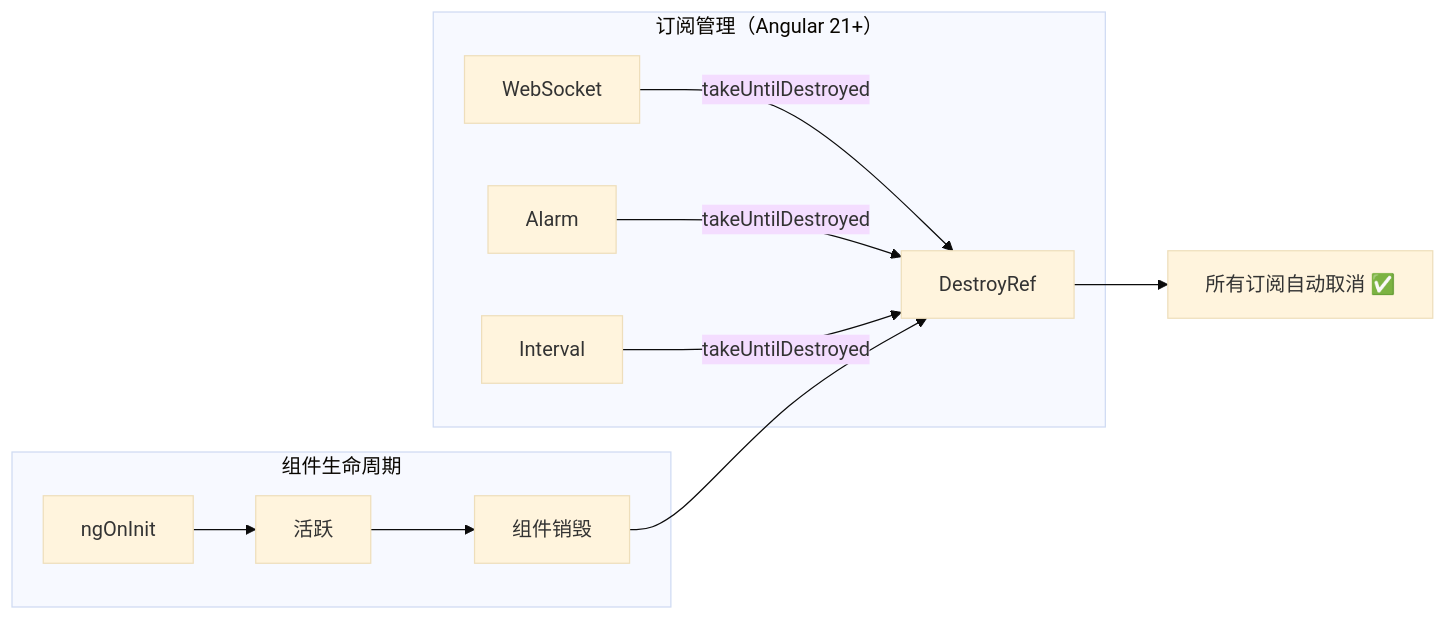
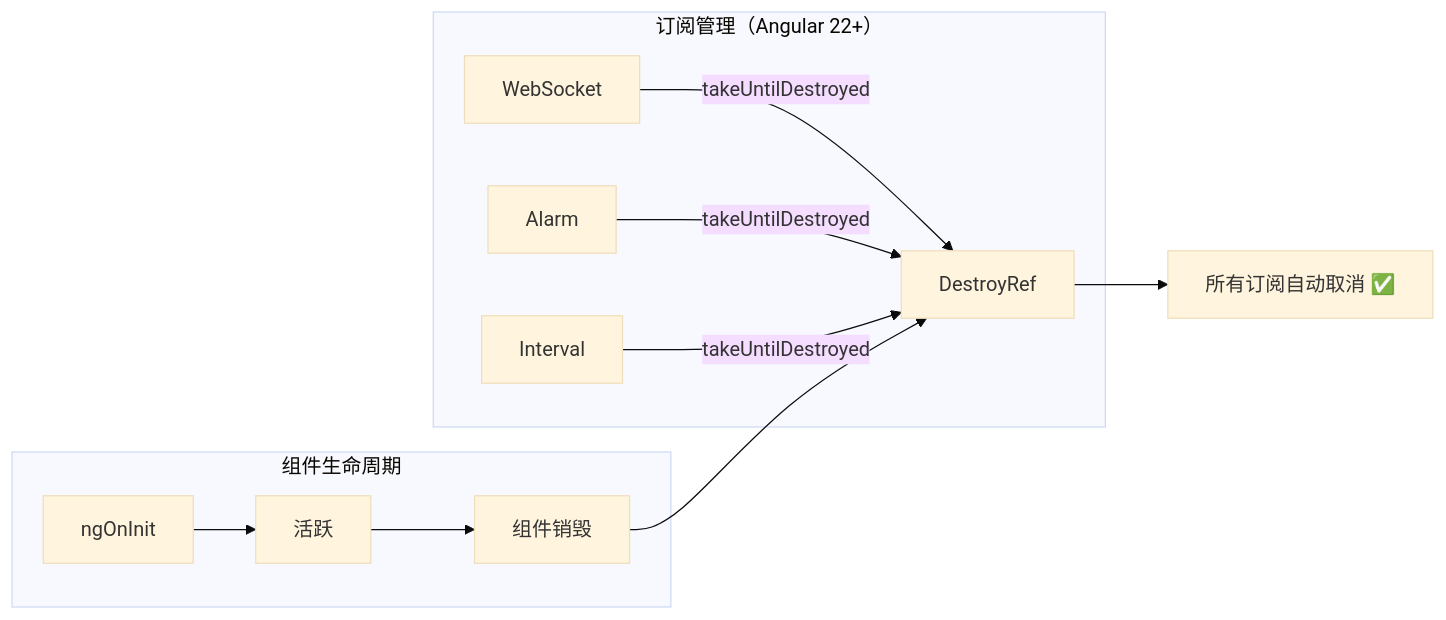
Diagram 11 of 11 in S2-框架深入/框架对比/04-性能与选型.md (KMaybe01/common), drawn with Mermaid (base theme) before and after one commit. The commit also changed other lines of this file and 23 other files, not shown here.

````diff
--- a/S2-框架深入/框架对比/04-性能与选型.md
+++ b/S2-框架深入/框架对比/04-性能与选型.md
@@ -8578,16 +8578,16 @@
 ```mermaid
 flowchart LR
   subgraph "组件生命周期"
     Init["ngOnInit"] --> Active["活跃"]
     Active --> Destroy["组件销毁"]
   end
 
-  subgraph "订阅管理（Angular 21+）"
+  subgraph "订阅管理（Angular 22+）"
     WS["WebSocket"] --> |"takeUntilDestroyed"| DR["DestroyRef"]
     Alarm["Alarm"] --> |"takeUntilDestroyed"| DR
     Timer["Interval"] --> |"takeUntilDestroyed"| DR
   end
 
   Destroy --> DR
   DR --> Unsub["所有订阅自动取消 ✅"]
 ```
````
